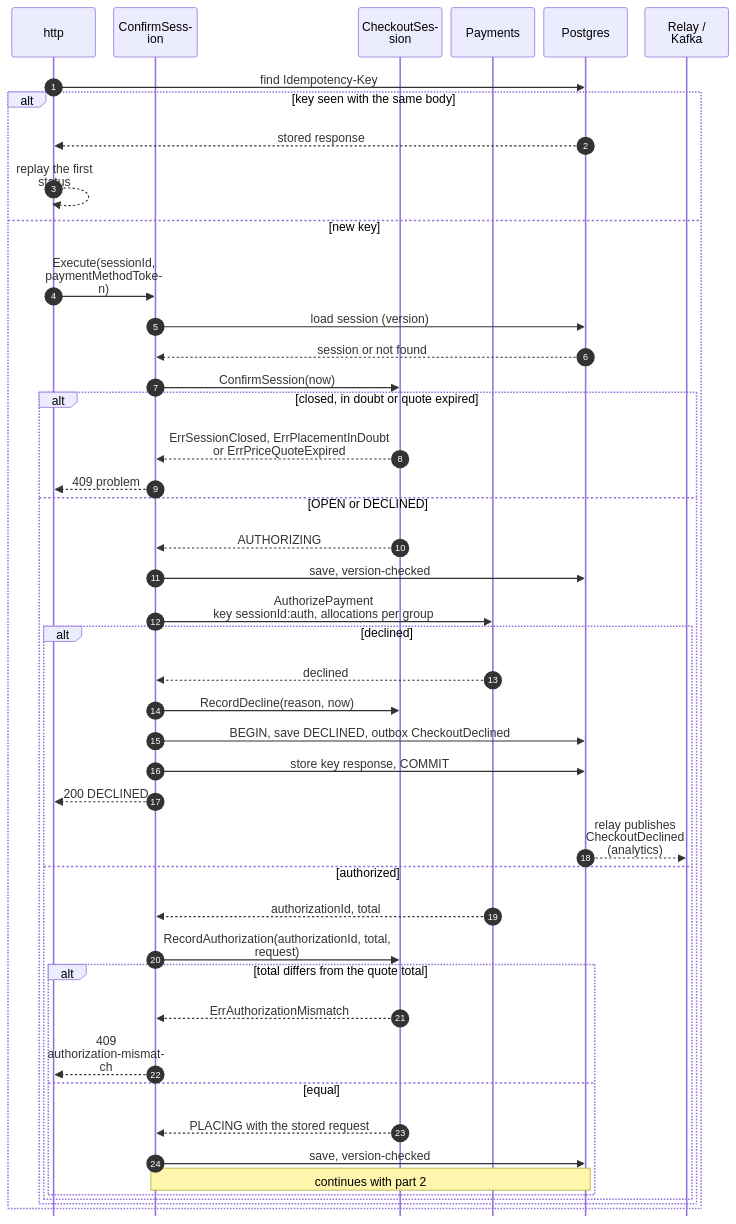
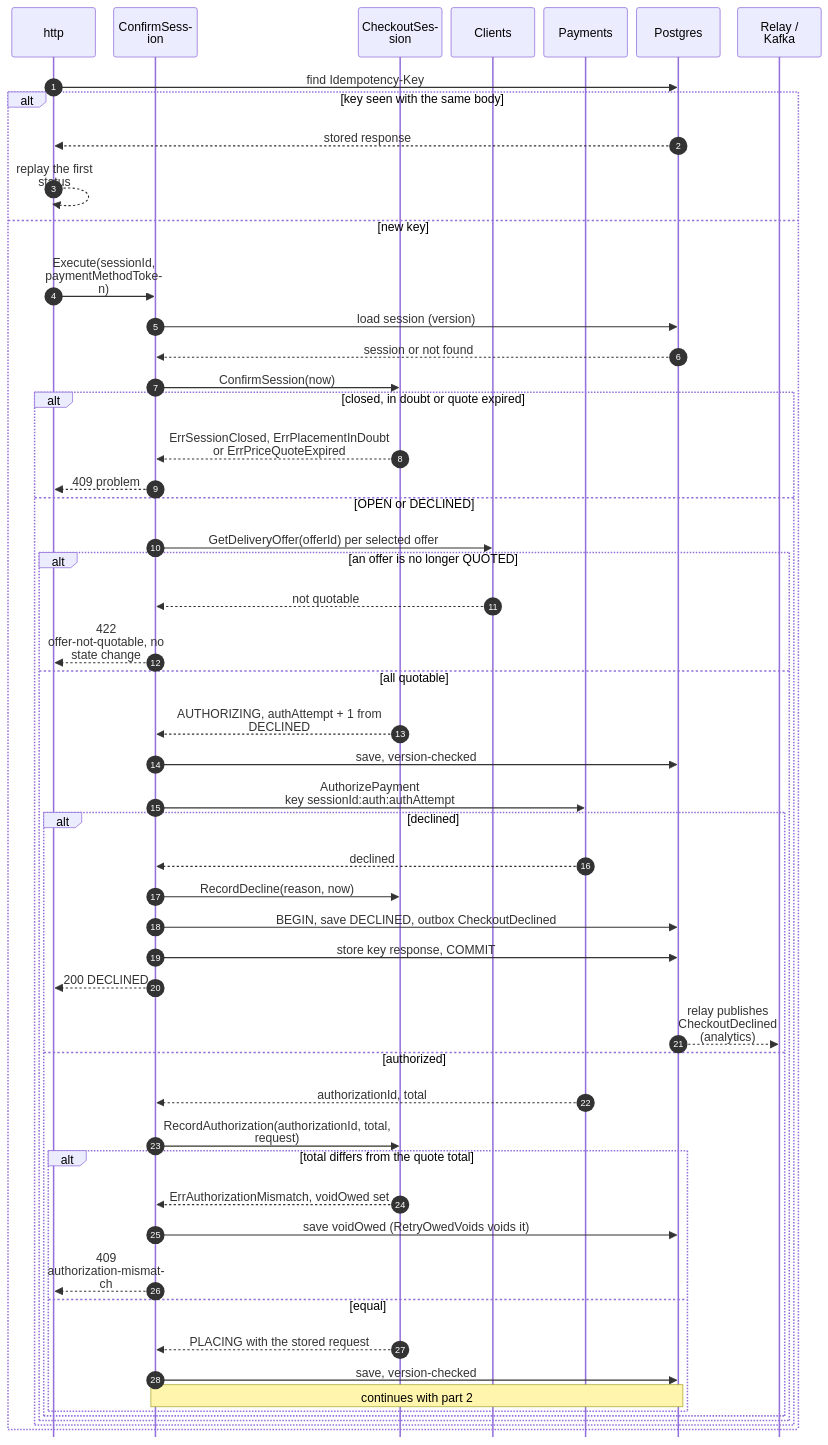
Before and after one commit to IQVO/warehouse-docs: the second of 5 diagrams in storefront/docs/contexts/checkout/sequence-diagrams.md, drawn with Mermaid. The commit also changed other lines of this file and 11 other files, not shown here.

````diff
--- a/storefront/docs/contexts/checkout/sequence-diagrams.md
+++ b/storefront/docs/contexts/checkout/sequence-diagrams.md
@@ -86,48 +87,56 @@
 ```mermaid
 %%{init: {"sequence": {"wrap": true, "width": 110, "actorMargin": 12, "messageMargin": 28, "boxMargin": 6, "noteMargin": 6, "mirrorActors": false}}}%%
 sequenceDiagram
     autonumber
     participant H as http
     participant UC as ConfirmSession
     participant A as CheckoutSession
+    participant C as Clients
     participant P as Payments
     participant DB as Postgres
     participant K as Relay / Kafka
     H->>DB: find Idempotency-Key
     alt key seen with the same body
         DB-->>H: stored response
         H-->>H: replay the first status
     else new key
         H->>UC: Execute(sessionId, paymentMethodToken)
         UC->>DB: load session (version)
         DB-->>UC: session or not found
         UC->>A: ConfirmSession(now)
         alt closed, in doubt or quote expired
             A-->>UC: ErrSessionClosed, ErrPlacementInDoubt<br/>or ErrPriceQuoteExpired
             UC-->>H: 409 problem
         else OPEN or DECLINED
-            A-->>UC: AUTHORIZING
+            UC->>C: GetDeliveryOffer(offerId) per selected offer
+            alt an offer is no longer QUOTED
+                C-->>UC: not quotable
+                UC-->>H: 422 offer-not-quotable, no state change
+            else all quotable
+            A-->>UC: AUTHORIZING, authAttempt + 1 from DECLINED
             UC->>DB: save, version-checked
-            UC->>P: AuthorizePayment<br/>key sessionId:auth, allocations per group
+            UC->>P: AuthorizePayment<br/>key sessionId:auth:authAttempt
             alt declined
                 P-->>UC: declined
                 UC->>A: RecordDecline(reason, now)
                 UC->>DB: BEGIN, save DECLINED, outbox CheckoutDeclined
                 UC->>DB: store key response, COMMIT
                 UC-->>H: 200 DECLINED
                 DB-->>K: relay publishes CheckoutDeclined (analytics)
             else authorized
                 P-->>UC: authorizationId, total
                 UC->>A: RecordAuthorization(authorizationId, total, request)
                 alt total differs from the quote total
-                    A-->>UC: ErrAuthorizationMismatch
+                    A-->>UC: ErrAuthorizationMismatch, voidOwed set
+                    UC->>DB: save voidOwed (RetryOwedVoids voids it)
                     UC-->>H: 409 authorization-mismatch
                 else equal
                     A-->>UC: PLACING with the stored request
                     UC->>DB: save, version-checked
                     Note over UC,DB: continues with part 2
                 end
             end
+            end
         end
     end
 ```
````
